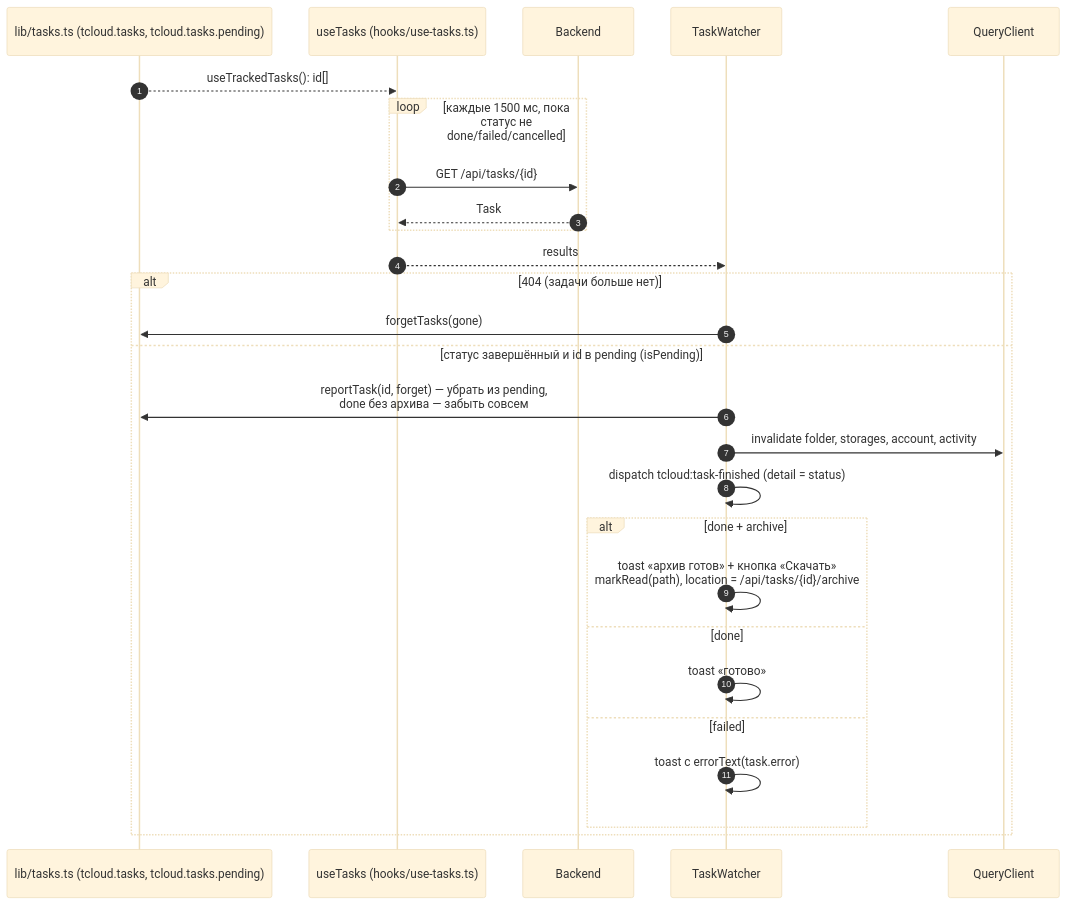
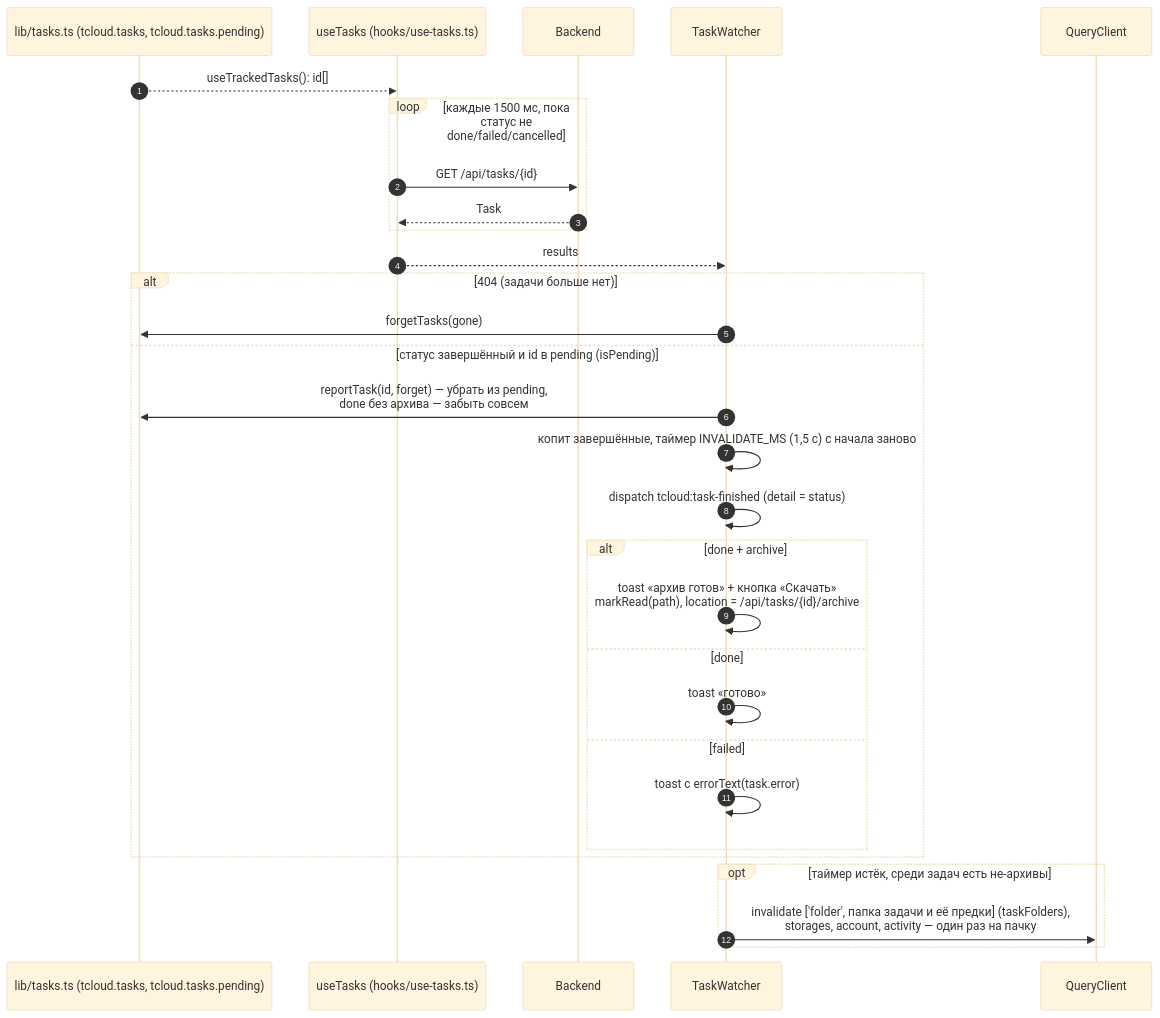
One commit to NikitkaZXC/tcloud-frontend changed the third of 5 diagrams in docs/uploads-and-tasks.md. Above: the diagram before and after it, drawn with Mermaid (base theme). The commit also changed other lines of this file and 5 other files, not shown here.

Commit message:
perf: batch task-finish invalidation and refresh only affected folders

````diff
--- a/docs/uploads-and-tasks.md
+++ b/docs/uploads-and-tasks.md
@@ -77,29 +77,32 @@
 ```mermaid
 sequenceDiagram
     autonumber
     participant T as lib/tasks.ts (tcloud.tasks, tcloud.tasks.pending)
     participant Q as useTasks (hooks/use-tasks.ts)
     participant B as Backend
     participant W as TaskWatcher
     participant C as QueryClient
     T-->>Q: useTrackedTasks(): id[]
     loop каждые 1500 мс, пока статус не done/failed/cancelled
         Q->>B: GET /api/tasks/{id}
         B-->>Q: Task
     end
     Q-->>W: results
     alt 404 (задачи больше нет)
         W->>T: forgetTasks(gone)
     else статус завершённый и id в pending (isPending)
         W->>T: reportTask(id, forget) — убрать из pending,<br/>done без архива — забыть совсем
-        W->>C: invalidate folder, storages, account, activity
+        W->>W: копит завершённые, таймер INVALIDATE_MS (1,5 с) с начала заново
         W->>W: dispatch tcloud:task-finished (detail = status)
         alt done + archive
             W->>W: toast «архив готов» + кнопка «Скачать»<br/>markRead(path), location = /api/tasks/{id}/archive
         else done
             W->>W: toast «готово»
         else failed
             W->>W: toast с errorText(task.error)
         end
     end
+    opt таймер истёк, среди задач есть не-архивы
+        W->>C: invalidate ['folder', папка задачи и её предки] (taskFolders),<br/>storages, account, activity — один раз на пачку
+    end
 ```
````
